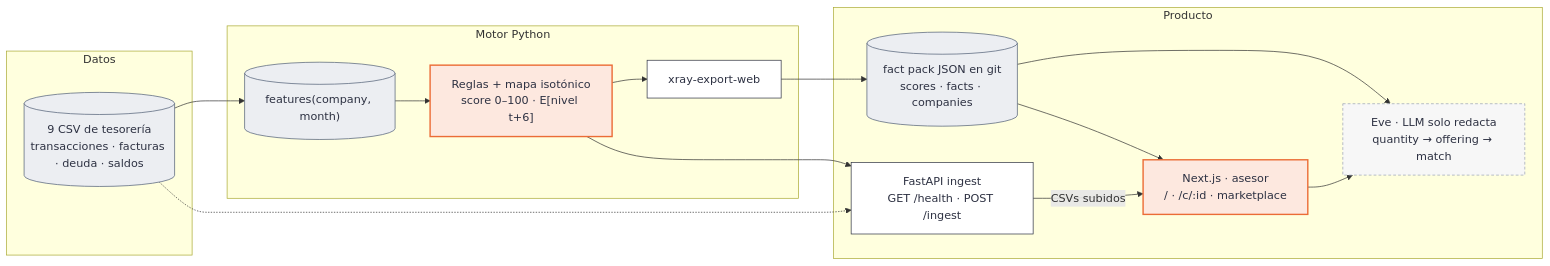
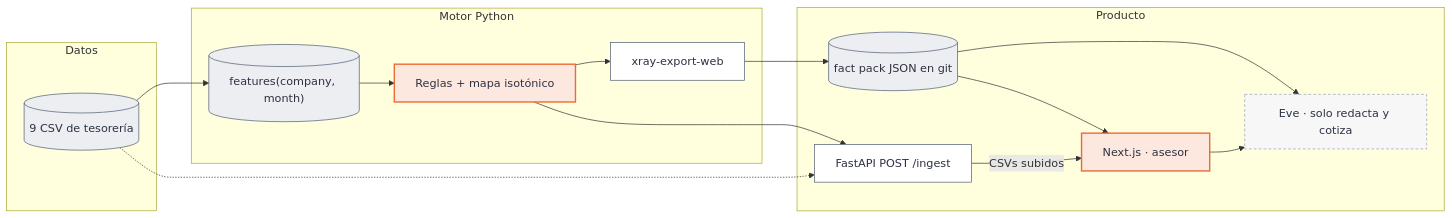
The diagram in README.md (alvarovillalbaa/hackspain-2026), drawn with Mermaid before and after one commit. The commit also changed other lines of this file and 216 other files, not shown here.

````diff
--- a/README.md
+++ b/README.md
@@ -16,31 +104,31 @@
 ```mermaid
 flowchart LR
     classDef focal fill:#fde8df,stroke:#eb6c36,stroke-width:2px,color:#2d3142
     classDef store fill:#eceef2,stroke:#4f5d75,color:#2d3142
     classDef ext fill:#f7f7f7,stroke:#9aa3b5,stroke-dasharray:4 3,color:#2d3142
-    classDef node fill:#ffffff,stroke:#2d3142,color:#2d3142
+    classDef node fill:#ffffff,stroke:#4f5d75,color:#2d3142
 
     subgraph DATOS["Datos"]
-        CSV[("9 CSV de tesorería<br/>transacciones · facturas · deuda · saldos")]:::store
+        CSV[("9 CSV de tesorería")]:::store
     end
 
     subgraph MOTOR["Motor Python"]
         FEAT[("features(company, month)")]:::store
-        MODEL["Reglas + mapa isotónico<br/>score 0–100 · E[nivel t+6]"]:::focal
+        MODEL["Reglas + mapa isotónico"]:::focal
         EXPORT["xray-export-web"]:::node
     end
 
     subgraph PRODUCTO["Producto"]
-        PACK[("fact pack JSON en git<br/>scores · facts · companies")]:::store
-        INGEST["FastAPI ingest<br/>GET /health · POST /ingest"]:::node
-        FRONT["Next.js · asesor<br/>/ · /c/:id · marketplace"]:::focal
-        EVE["Eve · LLM solo redacta<br/>quantity → offering → match"]:::ext
+        PACK[("fact pack JSON en git")]:::store
+        INGEST["FastAPI POST /ingest"]:::node
+        FRONT["Next.js · asesor"]:::focal
+        EVE["Eve · solo redacta y cotiza"]:::ext
     end
 
     CSV --> FEAT --> MODEL --> EXPORT --> PACK --> FRONT
     MODEL --> INGEST
     CSV -.-> INGEST
     INGEST -->|CSVs subidos| FRONT
     PACK --> EVE
     FRONT --> EVE
 ```
````
